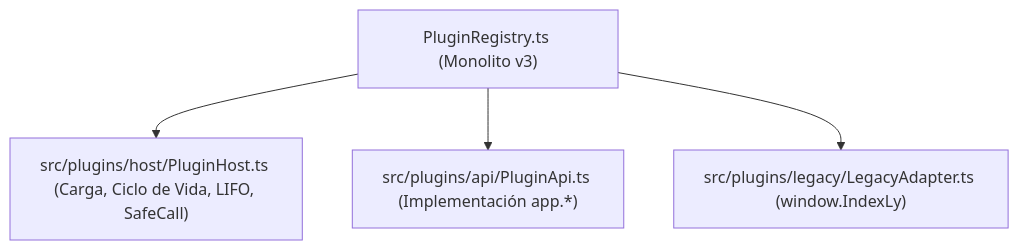
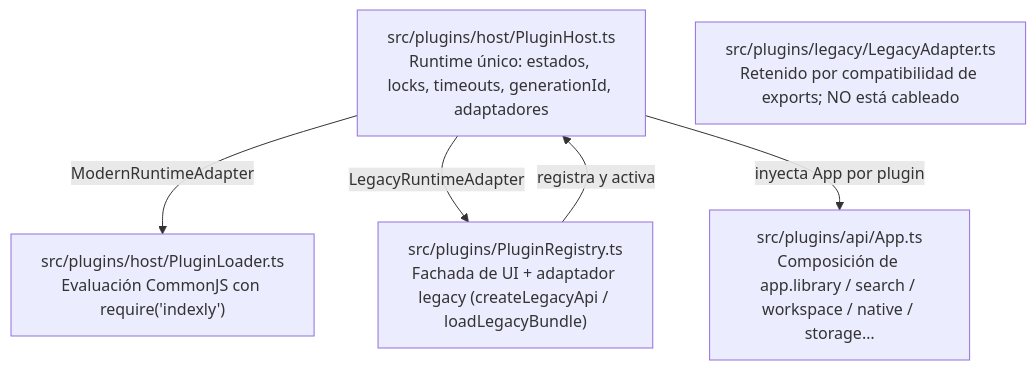
Before and after one commit to daidarzzz/indexlydesktop: the diagram in docs/plugin-api/migration.md, drawn with Mermaid. The commit also changed other lines of this file and 135 other files, not shown here.

````diff
--- a/docs/plugin-api/migration.md
+++ b/docs/plugin-api/migration.md
@@ -11,6 +11,13 @@
 ```mermaid
 graph TD
-    OldRegistry["PluginRegistry.ts (Monolito v3)"] --> Host["src/plugins/host/PluginHost.ts (Carga, Ciclo de Vida, LIFO, SafeCall)"]
-    OldRegistry --> Api["src/plugins/api/PluginApi.ts (Implementación app.*)"]
-    OldRegistry --> Legacy["src/plugins/legacy/LegacyAdapter.ts (window.IndexLy)"]
+    Host["src/plugins/host/PluginHost.ts<br/>Runtime único: estados, locks, timeouts, generationId, adaptadores"]
+    Registry["src/plugins/PluginRegistry.ts<br/>Fachada de UI + adaptador legacy (createLegacyApi / loadLegacyBundle)"]
+    App["src/plugins/api/App.ts<br/>Composición de app.library / search / workspace / native / storage…"]
+    Loader["src/plugins/host/PluginLoader.ts<br/>Evaluación CommonJS con require('indexly')"]
+    Legacy["src/plugins/legacy/LegacyAdapter.ts<br/>Retenido por compatibilidad de exports; NO está cableado"]
+
+    Registry -->|registra y activa| Host
+    Host -->|ModernRuntimeAdapter| Loader
+    Host -->|LegacyRuntimeAdapter| Registry
+    Host -->|inyecta App por plugin| App
 ```
````
